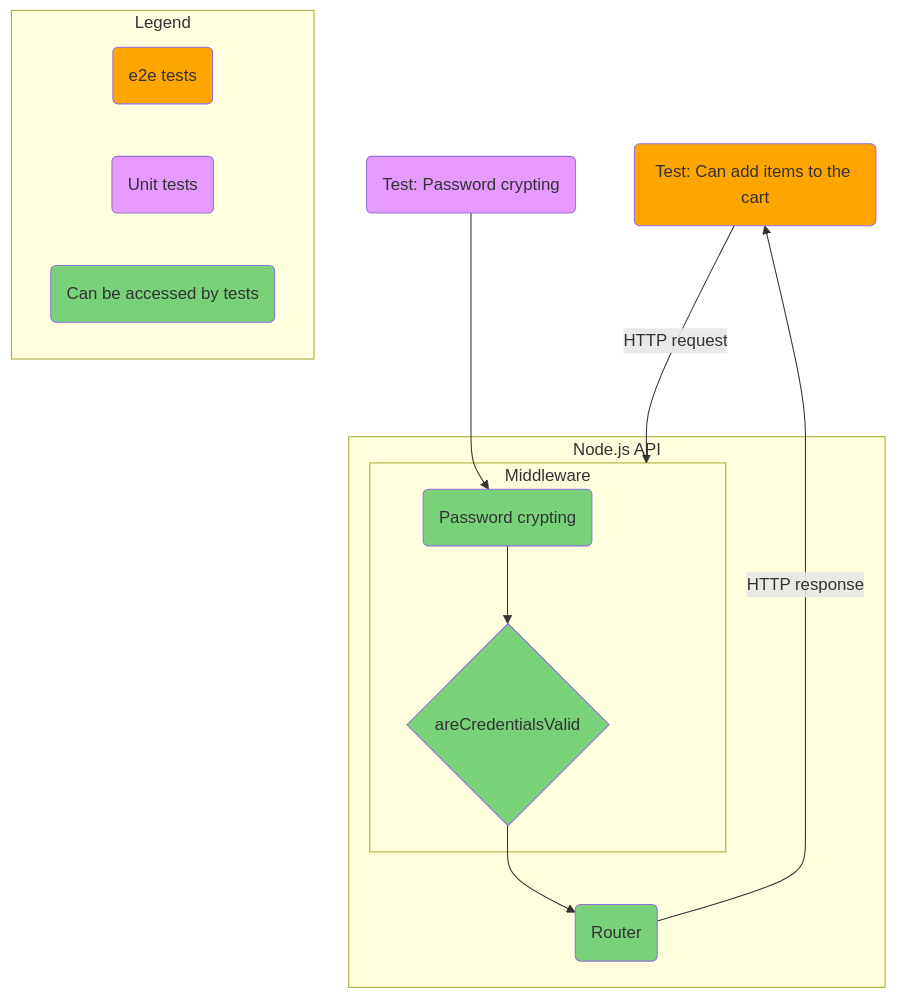
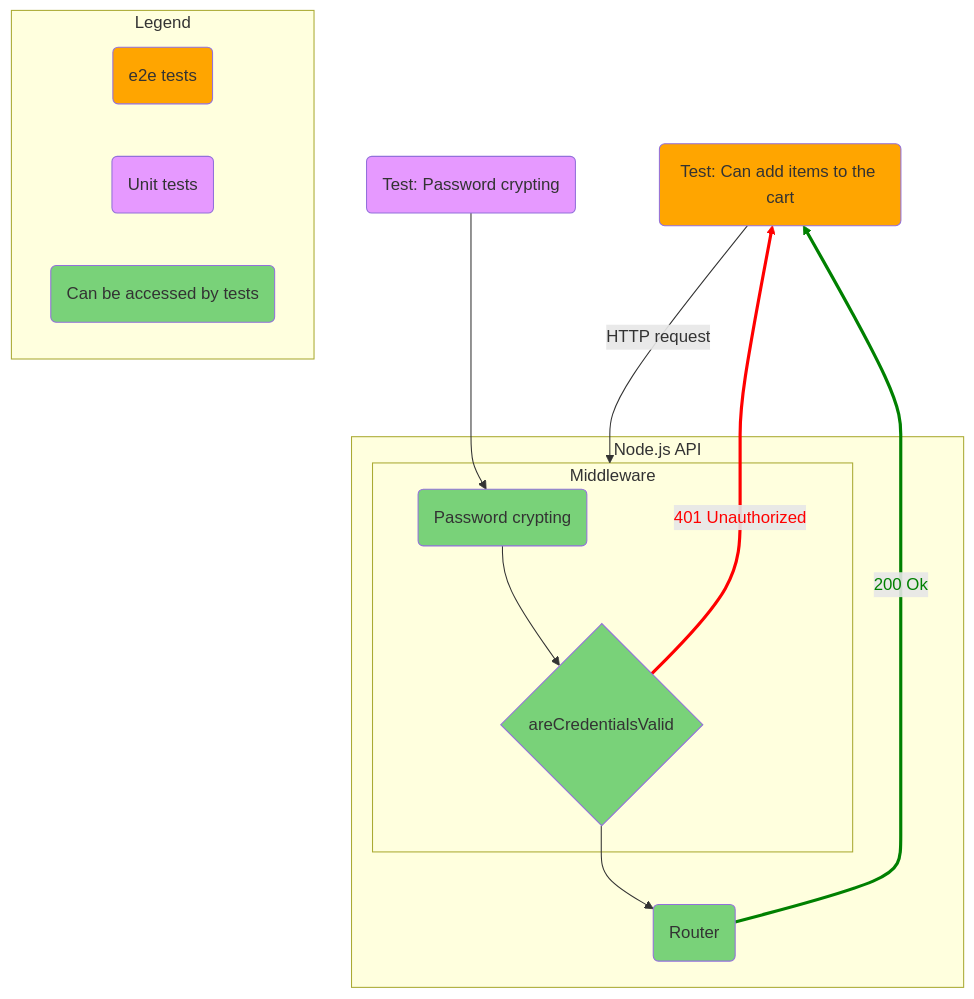
One commit to aleksandr-kiliushin/learning changed the seventh of 7 diagrams in summaries/testing-javascript-applications.md. Above: the diagram before and after it, drawn with Mermaid.

Commit message:
Update summary

````diff
--- a/summaries/testing-javascript-applications.md
+++ b/summaries/testing-javascript-applications.md
@@ -480,38 +480,39 @@
 ```mermaid
   flowchart TB
     e2e-tests(Test: Can add items to the cart):::orange
     router(Router):::green
     password-crypting(Password crypting):::green
     password-crypting-unit-tests(Test: Password crypting):::pink
     are-creadentials-valid{areCredentialsValid}:::green
 
     subgraph Node.js API
       router
       subgraph Middleware
         password-crypting
         are-creadentials-valid
       end
     end
 
     e2e-tests
     password-crypting-unit-tests
 
     subgraph Legend
       direction LR
       legend-e2e-tests(e2e tests):::orange
       legend-unit-tests(Unit tests):::pink
       legend-can-be-accessed-by-tests(Can be accessed by tests):::green
     end
 
     e2e-tests--HTTP request-->Middleware
     password-crypting-->are-creadentials-valid
     are-creadentials-valid-->router
     password-crypting-unit-tests-->password-crypting
-    router--HTTP response-->e2e-tests
+    router--200 Ok-->e2e-tests
+    are-creadentials-valid--401 Unauthorized-->e2e-tests
 
     classDef green fill:#79d279;
     classDef orange fill:orange;
-    classDef blue fill:#99b3ff;
     classDef pink fill:#e699ff;
-    classDef herb fill:#e6ff99;
+    linkStyle 4 stroke-width:3px,stroke:green,color:green;
+    linkStyle 5 stroke-width:3px,stroke:red,color:red;
 ```
````
